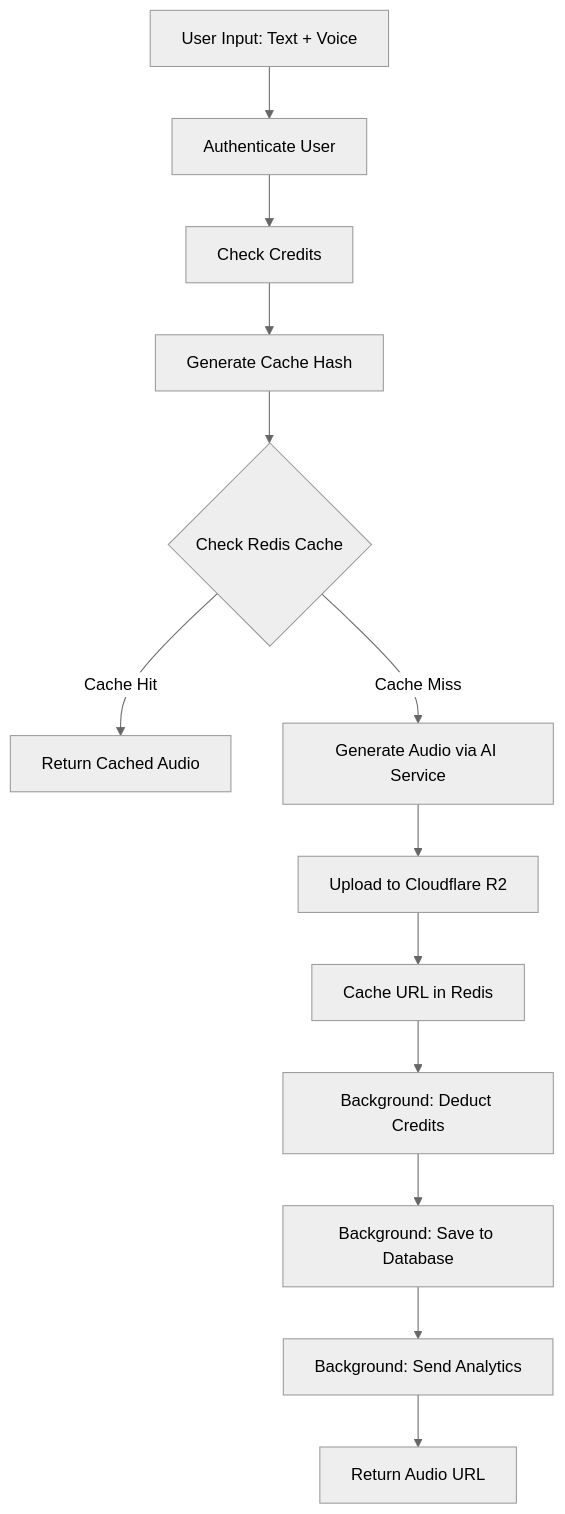
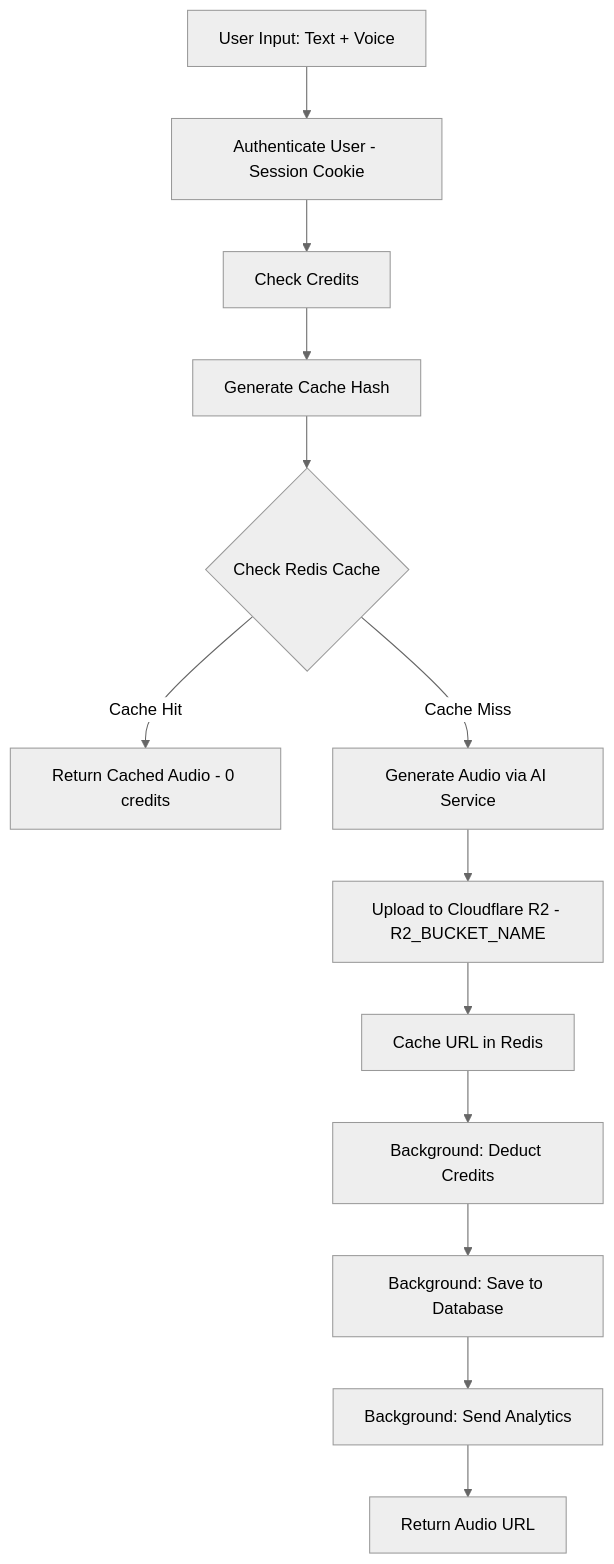
The second of 4 diagrams in ARCHITECTURE.md (gianpaj/sexyvoice), drawn with Mermaid (neutral theme) before and after one commit. The commit also changed other lines of this file and 13 other files, not shown here.

````diff
--- a/ARCHITECTURE.md
+++ b/ARCHITECTURE.md
@@ -32,15 +129,15 @@
 ```mermaid
 flowchart TD
-    A[User Input: Text + Voice] --> B[Authenticate User]
+    A[User Input: Text + Voice] --> B[Authenticate User - Session Cookie]
     B --> C[Check Credits]
     C --> D[Generate Cache Hash]
     D --> E{Check Redis Cache}
-    E -->|Cache Hit| F[Return Cached Audio]
+    E -->|Cache Hit| F[Return Cached Audio - 0 credits]
     E -->|Cache Miss| G[Generate Audio via AI Service]
-    G --> H[Upload to Cloudflare R2]
+    G --> H[Upload to Cloudflare R2 - R2_BUCKET_NAME]
     H --> I[Cache URL in Redis]
     I --> J[Background: Deduct Credits]
     J --> K[Background: Save to Database]
     K --> L[Background: Send Analytics]
     L --> M[Return Audio URL]
 ```
````
